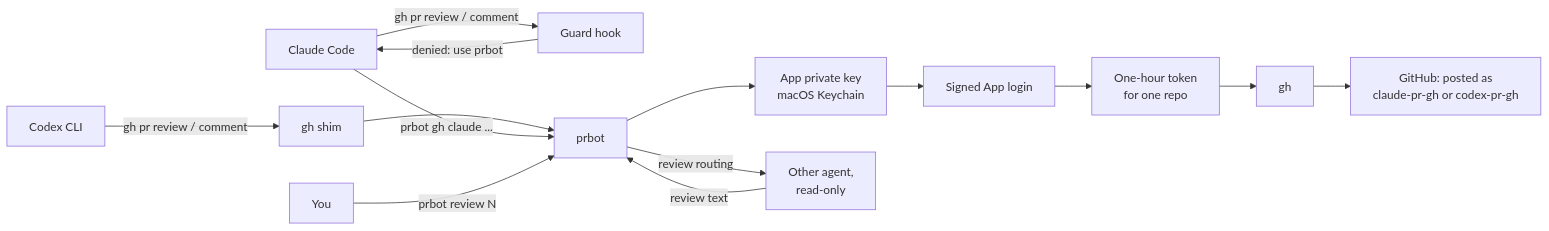
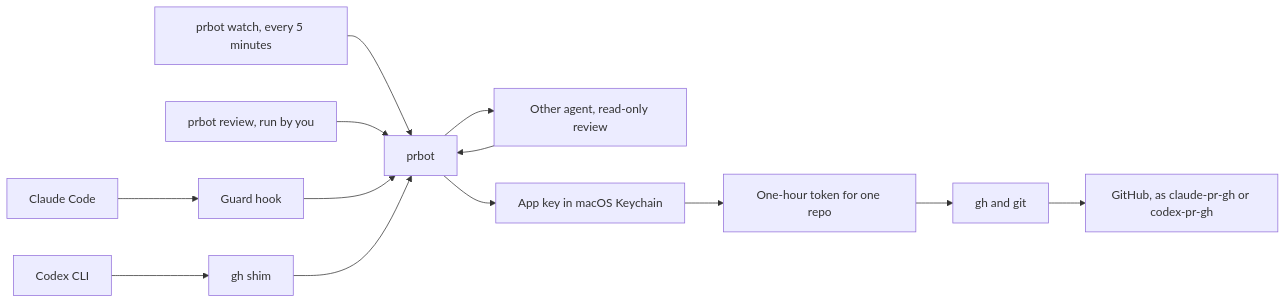
Before and after one commit to kennylhilljr/pr-review-bots: the diagram in README.md, drawn with Mermaid. The commit also changed other lines of this file, not shown here.

Commit message:
README: simplify the architecture diagram so GitHub renders it
GitHub showed an empty box for the previous diagram. Use plain quoted
labels and no arrow labels or line breaks, the same style as the diagram
in agent-control-plane-infra. Mark codex-pr-gh pushes as live.

Claude Code assisted commit

````diff
--- a/README.md
+++ b/README.md
@@ -35,18 +35,17 @@
 ```mermaid
 flowchart LR
-    CC[Claude Code] -->|gh pr review / comment| GUARD[Guard hook]
-    CX[Codex CLI] -->|gh pr review / comment| SHIM[gh shim]
-    GUARD -->|denied: use prbot| CC
+    CC["Claude Code"] --> GUARD["Guard hook"]
+    CX["Codex CLI"] --> SHIM["gh shim"]
+    WATCH["prbot watch, every 5 minutes"] --> PRBOT["prbot"]
+    YOU["prbot review, run by you"] --> PRBOT
+    GUARD --> PRBOT
     SHIM --> PRBOT
-    CC -->|prbot gh claude ...| PRBOT[prbot]
-    USER[You] -->|prbot review N| PRBOT
 
-    PRBOT --> KEY[App private key<br/>macOS Keychain]
-    KEY --> JWT[Signed App login]
-    JWT --> TOK[One-hour token<br/>for one repo]
-    TOK --> GH[gh]
-    GH --> GITHUB[GitHub: posted as<br/>claude-pr-gh or codex-pr-gh]
+    PRBOT --> REVIEWER["Other agent, read-only review"]
+    REVIEWER --> PRBOT
 
-    PRBOT -->|review routing| REVIEWER[Other agent,<br/>read-only]
-    REVIEWER -->|review text| PRBOT
+    PRBOT --> KEY["App key in macOS Keychain"]
+    KEY --> TOK["One-hour token for one repo"]
+    TOK --> GH["gh and git"]
+    GH --> GITHUB["GitHub, as claude-pr-gh or codex-pr-gh"]
 ```
````
